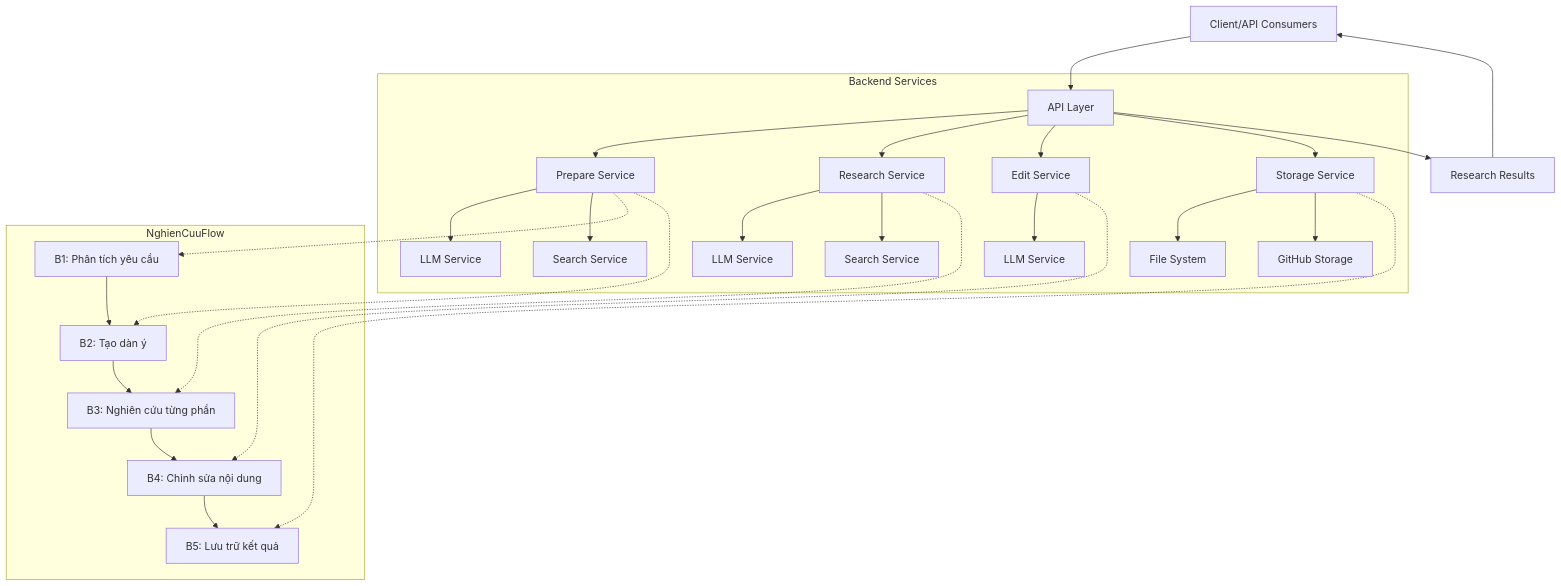
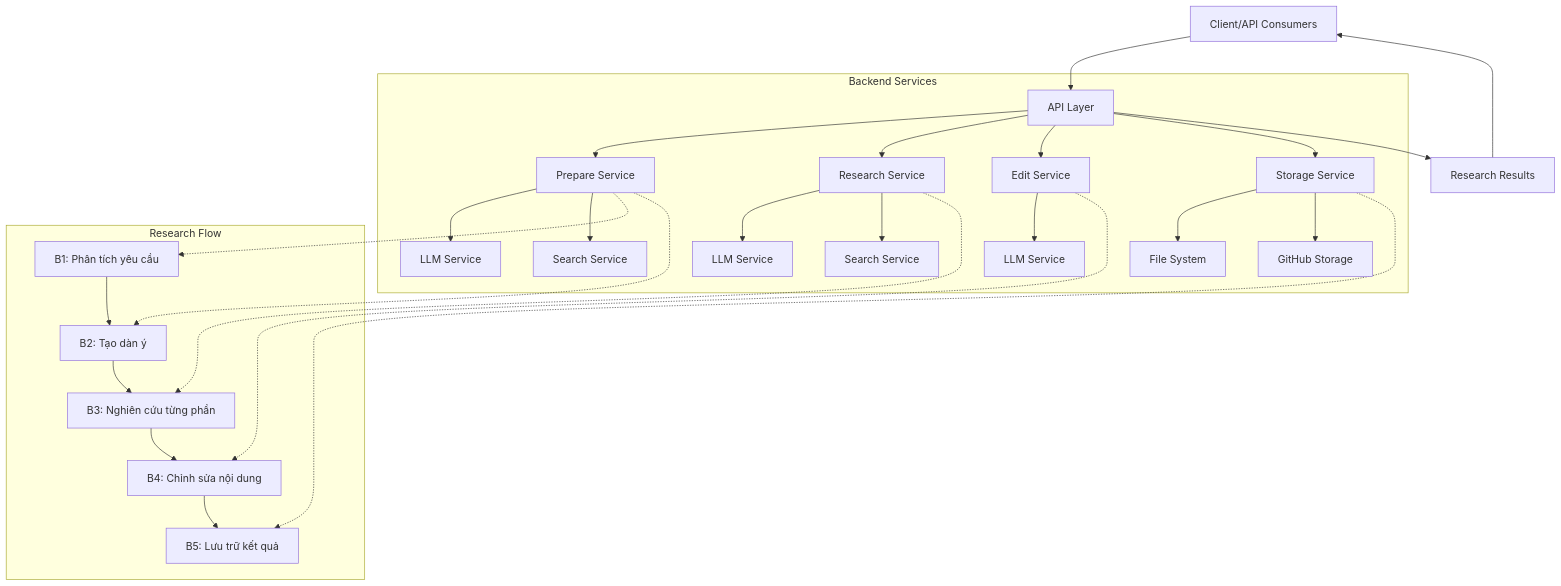
Before and after one commit to phuc-nt/deep-research-agent-python: the diagram in README.md, drawn with Mermaid. The commit also changed other lines of this file and 5 other files, not shown here.

````diff
--- a/README.md
+++ b/README.md
@@ -23,38 +23,38 @@
 ```mermaid
 graph TD
     Client[Client/API Consumers] --> API[API Layer]
     
     subgraph "Backend Services"
         API --> Prepare[Prepare Service]
         API --> Research[Research Service]
         API --> Edit[Edit Service]
         API --> Storage[Storage Service]
         
         Prepare --> LLM1[LLM Service]
         Prepare --> Search1[Search Service]
         
         Research --> LLM2[LLM Service]
         Research --> Search2[Search Service]
         
         Edit --> LLM3[LLM Service]
         
         Storage --> FileSystem[File System]
         Storage --> GitHub[GitHub Storage]
     end
     
-    subgraph "NghienCuuFlow"
+    subgraph "Research Flow"
         P1[B1: Phân tích yêu cầu] --> P2[B2: Tạo dàn ý]
         P2 --> P3[B3: Nghiên cứu từng phần]
         P3 --> P4[B4: Chỉnh sửa nội dung]
         P4 --> P5[B5: Lưu trữ kết quả]
     end
     
     Prepare -.-> P1
     Prepare -.-> P2
     Research -.-> P3
     Edit -.-> P4
     Storage -.-> P5
     
     API --> Results[Research Results]
     Results --> Client
 ```
````
